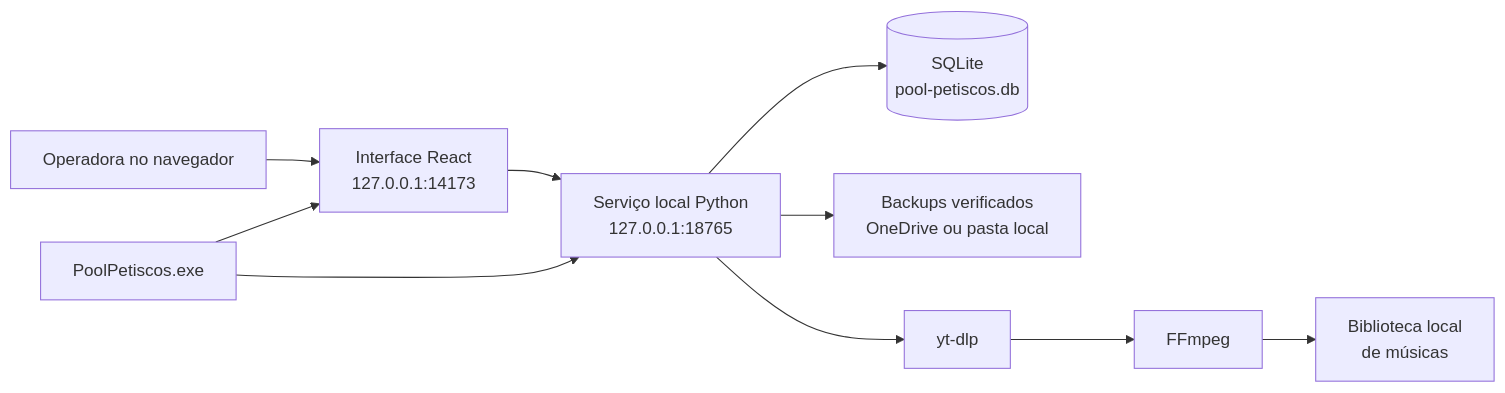
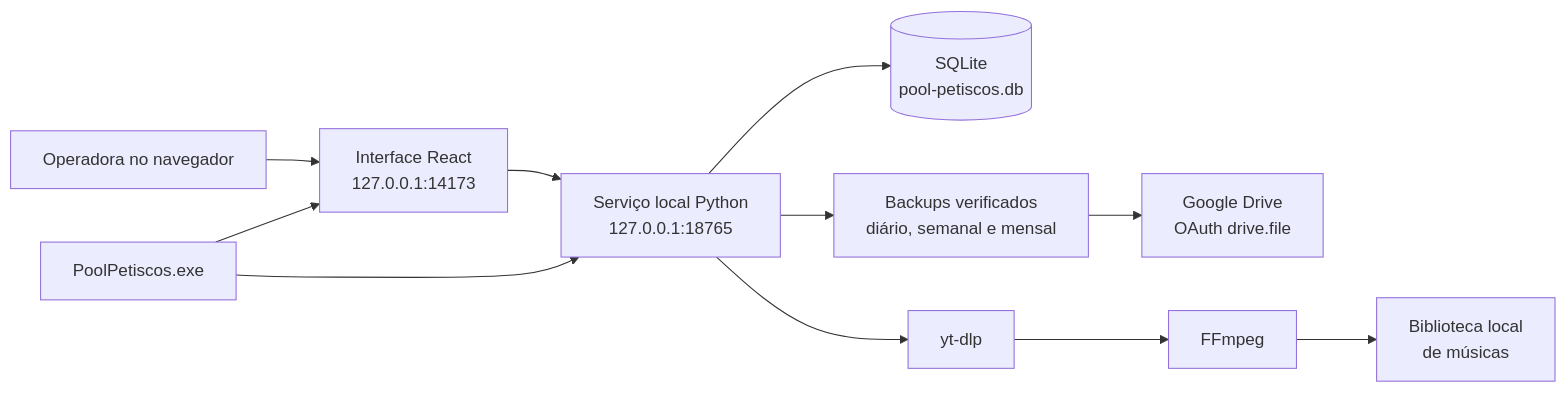
One commit to mayvzx/sistema-poolpetiscos changed the diagram in docs/architecture/ARQUITETURA.md. Above: the diagram before and after it, drawn with Mermaid. The commit also changed other lines of this file and 32 other files, not shown here.

````diff
--- a/docs/architecture/ARQUITETURA.md
+++ b/docs/architecture/ARQUITETURA.md
@@ -9,12 +9,13 @@
 ```mermaid
 flowchart LR
     O["Operadora no navegador"] --> UI["Interface React<br/>127.0.0.1:14173"]
     UI --> API["Serviço local Python<br/>127.0.0.1:18765"]
     API --> DB[("SQLite<br/>pool-petiscos.db")]
-    API --> BK["Backups verificados<br/>OneDrive ou pasta local"]
+    API --> BK["Backups verificados<br/>diário, semanal e mensal"]
+    BK --> GD["Google Drive<br/>OAuth drive.file"]
     API --> YT["yt-dlp"]
     YT --> FF["FFmpeg"]
     FF --> MU["Biblioteca local<br/>de músicas"]
     LA["PoolPetiscos.exe"] --> UI
     LA --> API
 ```
````
